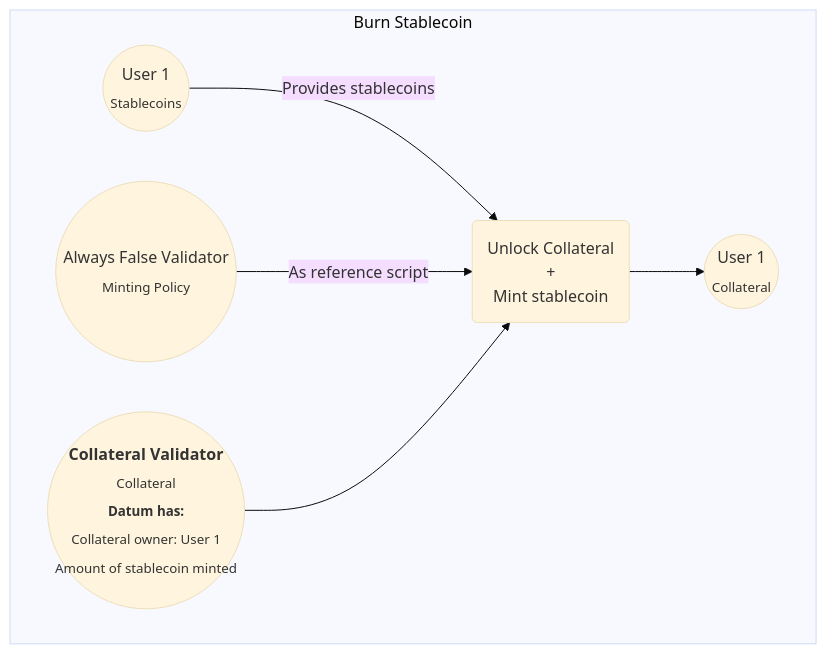
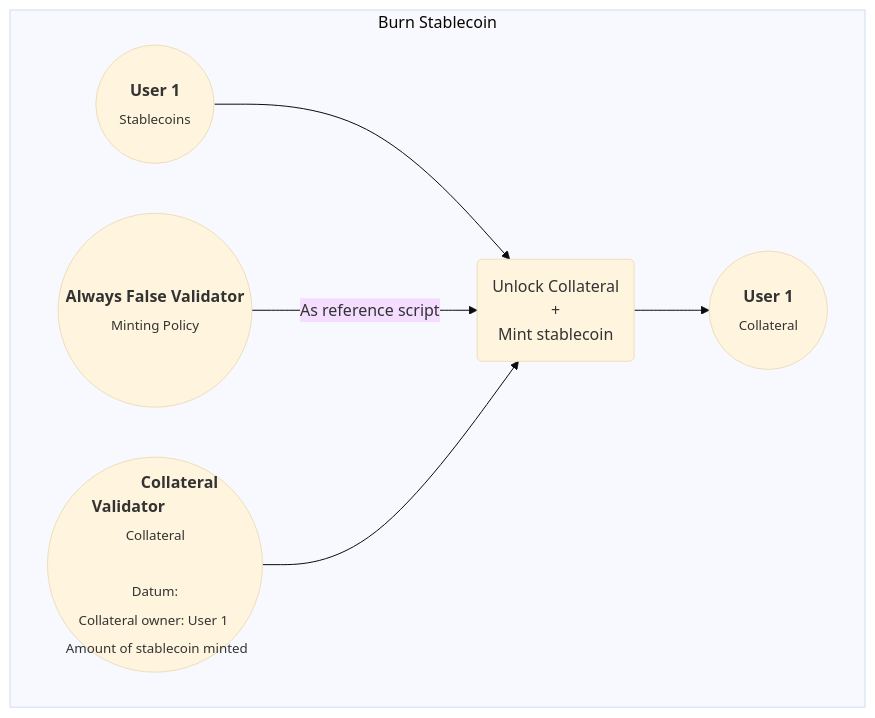
The fifth of 7 diagrams in code/Week09/README.md (input-output-hk/plutus-pioneer-program), drawn with Mermaid (base theme) before and after one commit. The commit also changed other lines of this file, not shown here.

Commit message:
Fixed weird diagram rendering in GitHub

````diff
--- a/code/Week09/README.md
+++ b/code/Week09/README.md
@@ -96,14 +95,14 @@
 ```mermaid
 flowchart LR
     subgraph Burn [Burn Stablecoin]
     direction LR
-    A9((Always False Validator <br> <sub>Minting Policy</sub>))
-    M5(("<b>Collateral Validator</b> <br> <sub>Collateral <br> <b>Datum has:</b> <br> Collateral owner: User 1  <br> Amount of stablecoin minted"))
-    M6((User 1 <br> <sub>Stablecoins</sub>))
+    A9((<b>Always False Validator</b> <br> <sub>Minting Policy</sub>))
+    M5(("&#8199 &#8199 &#8199 &#8199 <b>Collateral Validator</b>&#8199 &#8199 &#8199 &#8199 <br> <sub>Collateral <br> <br> Datum: <br> Collateral owner: User 1  <br> Amount of stablecoin minted"))
+    M6((&#8199 &#8199 <b>User 1</b> &#8199 &#8199 <br> <sub>Stablecoins</sub>))
 
-    M6 --> |Provides stablecoins| B4(Unlock Collateral <br> + <br> Mint stablecoin)
+    M6 --> B4(Unlock Collateral <br> + <br> Mint stablecoin)
     A9 --> |As reference script| B4
     M5 --> B4
-    B4 --> B6((User 1<br> <sub>Collateral</sub> ))
+    B4 --> B6((&#8199 &#8199 <b>User 1</b> &#8199 &#8199<br> <sub>Collateral</sub> ))
     end
 ```
````
